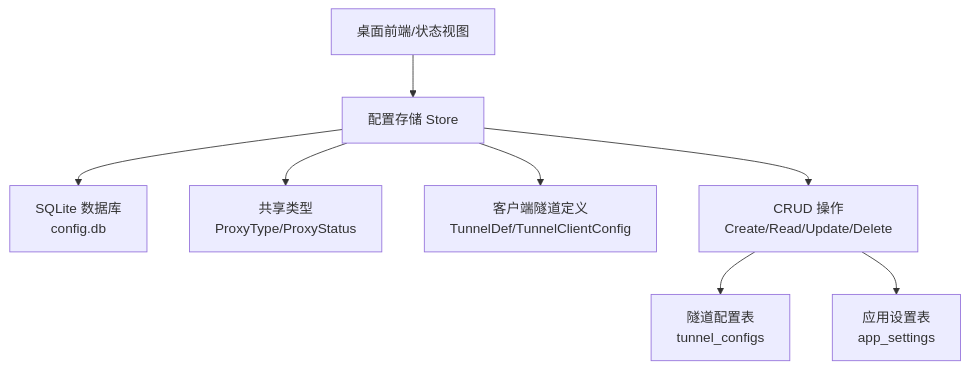
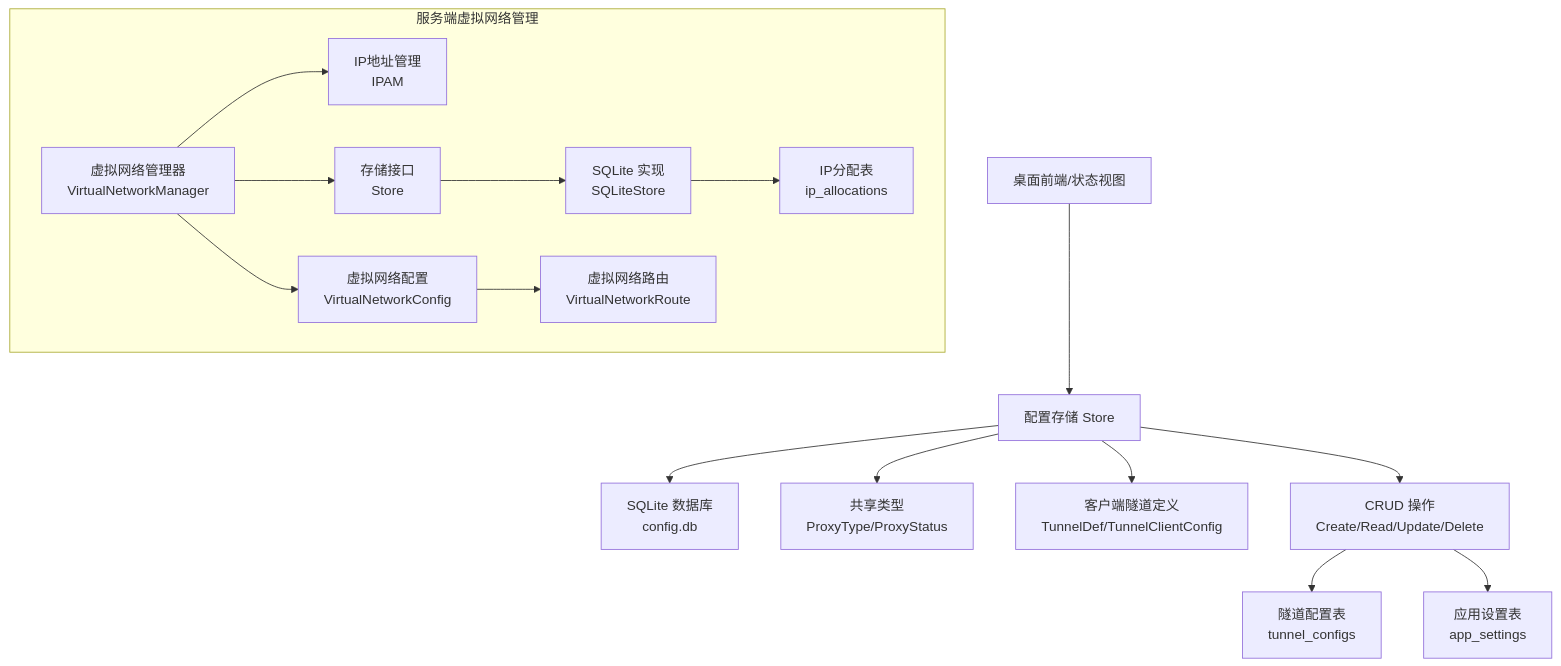
Before and after one commit to itsharex/NexTunnel: the second of 4 diagrams in .qoder/repowiki/zh/content/数据模型/数据模型.md, drawn with Mermaid. The commit also changed other lines of this file and 23 other files, not shown here.

````diff
--- a/.qoder/repowiki/zh/content/数据模型/数据模型.md
+++ b/.qoder/repowiki/zh/content/数据模型/数据模型.md
@@ -91,10 +112,25 @@
 ```mermaid
 graph TB
 UI["桌面前端/状态视图"] --> ST["配置存储 Store"]
 ST --> DB["SQLite 数据库<br/>config.db"]
 ST --> TYPES["共享类型<br/>ProxyType/ProxyStatus"]
 ST --> TUNDEF["客户端隧道定义<br/>TunnelDef/TunnelClientConfig"]
 ST --> CRUD["CRUD 操作<br/>Create/Read/Update/Delete"]
 CRUD --> TC["隧道配置表<br/>tunnel_configs"]
 CRUD --> AS["应用设置表<br/>app_settings"]
+subgraph "服务端虚拟网络管理"
+VNM["虚拟网络管理器<br/>VirtualNetworkManager"]
+IPAM["IP地址管理<br/>IPAM"]
+STORE["存储接口<br/>Store"]
+SQLITE["SQLite 实现<br/>SQLiteStore"]
+VNC["虚拟网络配置<br/>VirtualNetworkConfig"]
+VR["虚拟网络路由<br/>VirtualNetworkRoute"]
+IPA["IP分配表<br/>ip_allocations"]
+end
+VNM --> IPAM
+VNM --> STORE
+STORE --> SQLITE
+VNM --> VNC
+VNC --> VR
+SQLITE --> IPA
 ```
````
